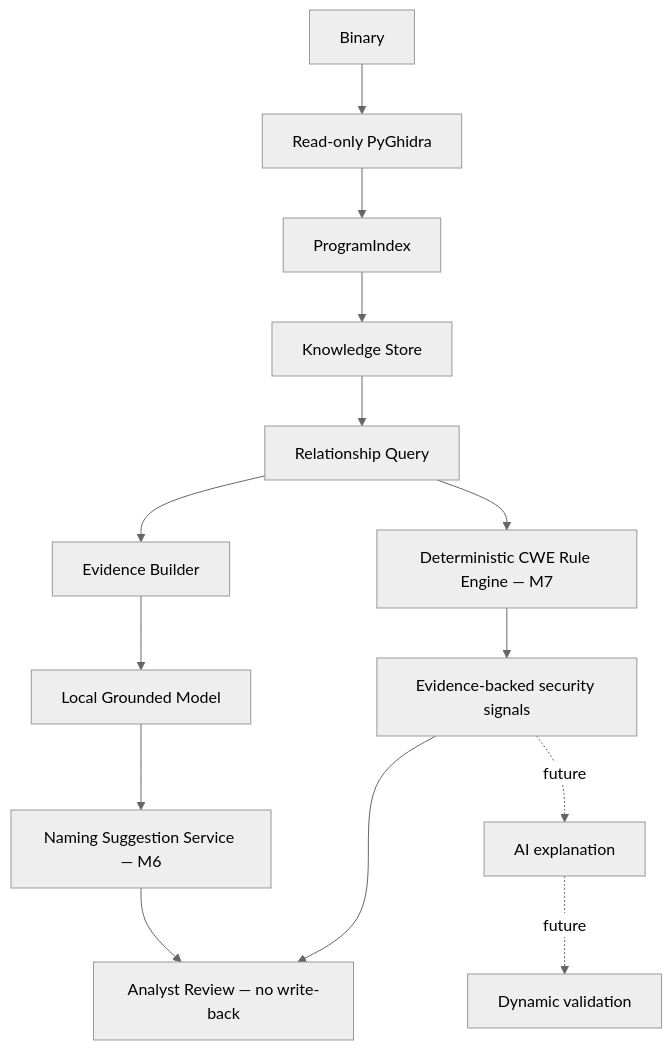
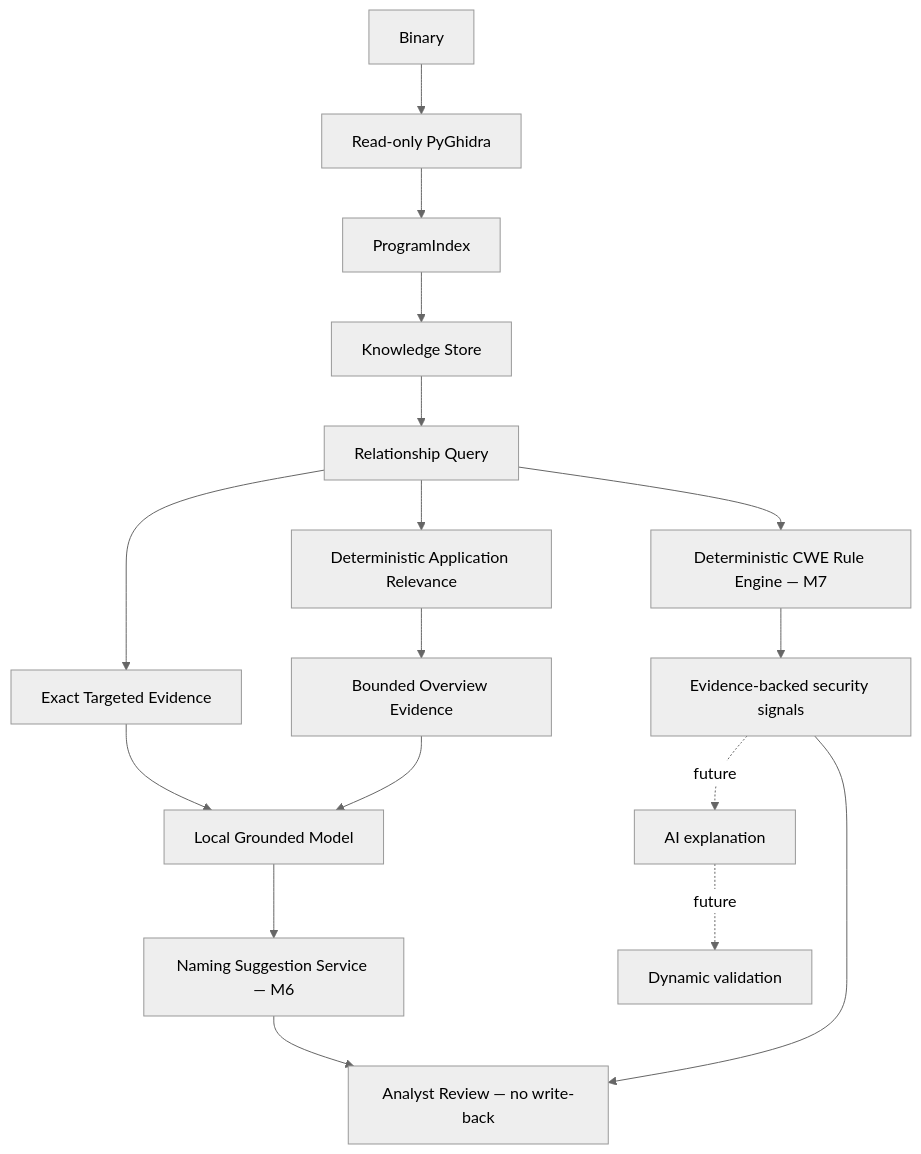
One commit to laurenerobinson/AIRE changed the diagram in docs/ARCHITECTURE.md. Above: the diagram before and after it, drawn with Mermaid (neutral theme). The commit also changed other lines of this file and 73 other files, not shown here.

````diff
--- a/docs/ARCHITECTURE.md
+++ b/docs/ARCHITECTURE.md
@@ -19,16 +19,19 @@
 ```mermaid
 flowchart TD
     B[Binary] --> I[Read-only PyGhidra]
     I --> P[ProgramIndex]
     P --> K[Knowledge Store]
     K --> G[Relationship Query]
-    G --> E[Evidence Builder]
+    G --> H[Deterministic Application Relevance]
+    H --> E[Bounded Overview Evidence]
+    G --> T[Exact Targeted Evidence]
+    T --> L
     E --> L[Local Grounded Model]
     L --> N[Naming Suggestion Service — M6]
     N --> A[Analyst Review — no write-back]
     G --> R[Deterministic CWE Rule Engine — M7]
     R --> S[Evidence-backed security signals]
     S --> A
     S -. future .-> X[AI explanation]
     X -. future .-> V[Dynamic validation]
 ```
````
